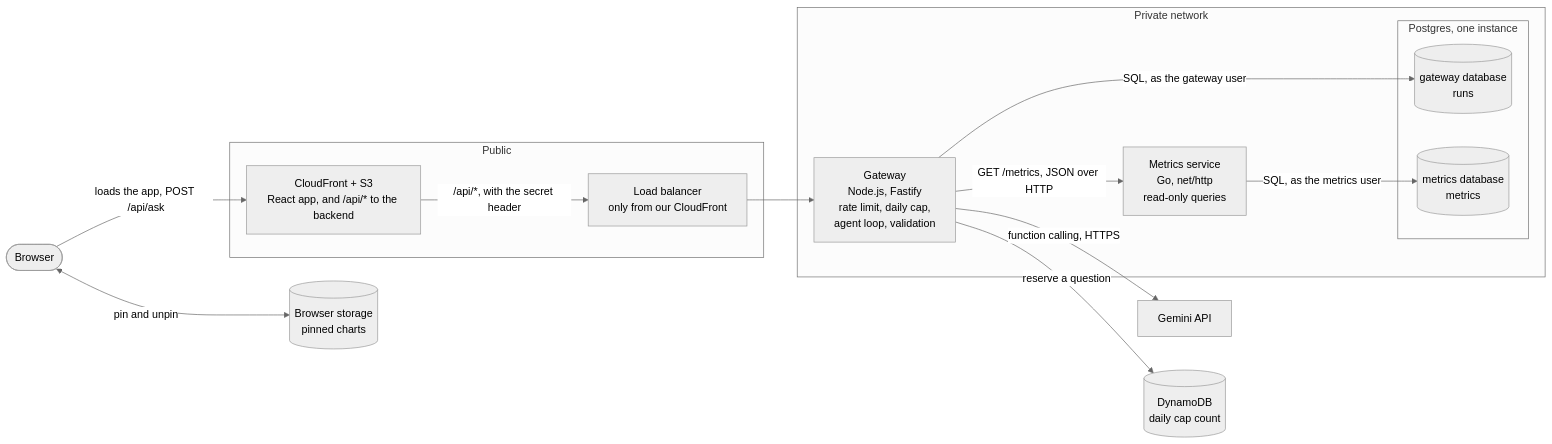
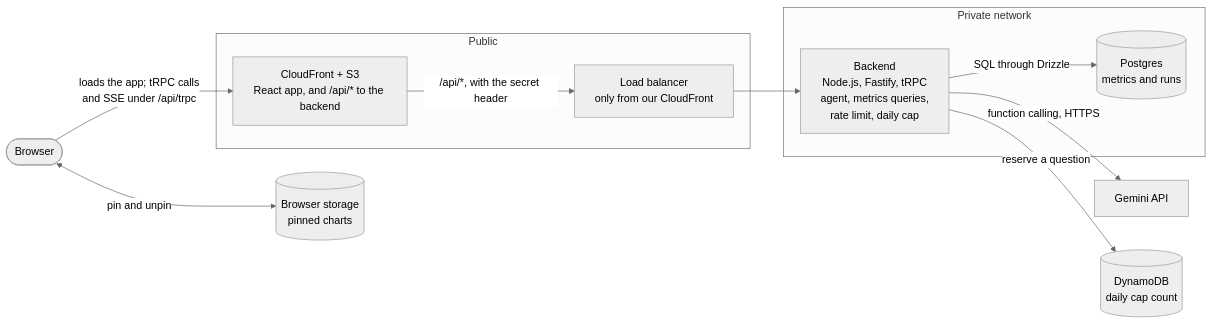
Before and after one commit to vovadyach/dashgen: the second of 8 diagrams in docs/design.md, drawn with Mermaid (neutral theme). The commit also changed other lines of this file and 9 other files, not shown here.

Commit message:
docs: design for one TypeScript backend, with Drizzle and tRPC

````diff
--- a/docs/design.md
+++ b/docs/design.md
@@ -117,31 +117,25 @@
 ```mermaid
 flowchart LR
     browser(["Browser"])
     pins[("Browser storage<br/>pinned charts")]
     gemini["Gemini API"]
     cap[("DynamoDB<br/>daily cap count")]
 
     subgraph public ["Public"]
         cdn["CloudFront + S3<br/>React app, and /api/* to the backend"]
         alb["Load balancer<br/>only from our CloudFront"]
     end
 
     subgraph private ["Private network"]
-        gateway["Gateway<br/>Node.js, Fastify<br/>rate limit, daily cap,<br/>agent loop, validation"]
-        metrics["Metrics service<br/>Go, net/http<br/>read-only queries"]
-        subgraph pg ["Postgres, one instance"]
-            gwdb[("gateway database<br/>runs")]
-            mdb[("metrics database<br/>metrics")]
-        end
+        backend["Backend<br/>Node.js, Fastify, tRPC<br/>agent, metrics queries,<br/>rate limit, daily cap"]
+        db[("Postgres<br/>metrics and runs")]
     end
 
-    browser -->|"loads the app, POST /api/ask"| cdn
+    browser -->|"loads the app; tRPC calls<br/>and SSE under /api/trpc"| cdn
     cdn -->|"/api/*, with the secret header"| alb
     browser <-->|"pin and unpin"| pins
-    alb --> gateway
-    gateway -->|"GET /metrics, JSON over HTTP"| metrics
-    gateway -->|"function calling, HTTPS"| gemini
-    gateway -->|"reserve a question"| cap
-    gateway -->|"SQL, as the gateway user"| gwdb
-    metrics -->|"SQL, as the metrics user"| mdb
+    alb --> backend
+    backend -->|"function calling, HTTPS"| gemini
+    backend -->|"reserve a question"| cap
+    backend -->|"SQL through Drizzle"| db
 ```
````
